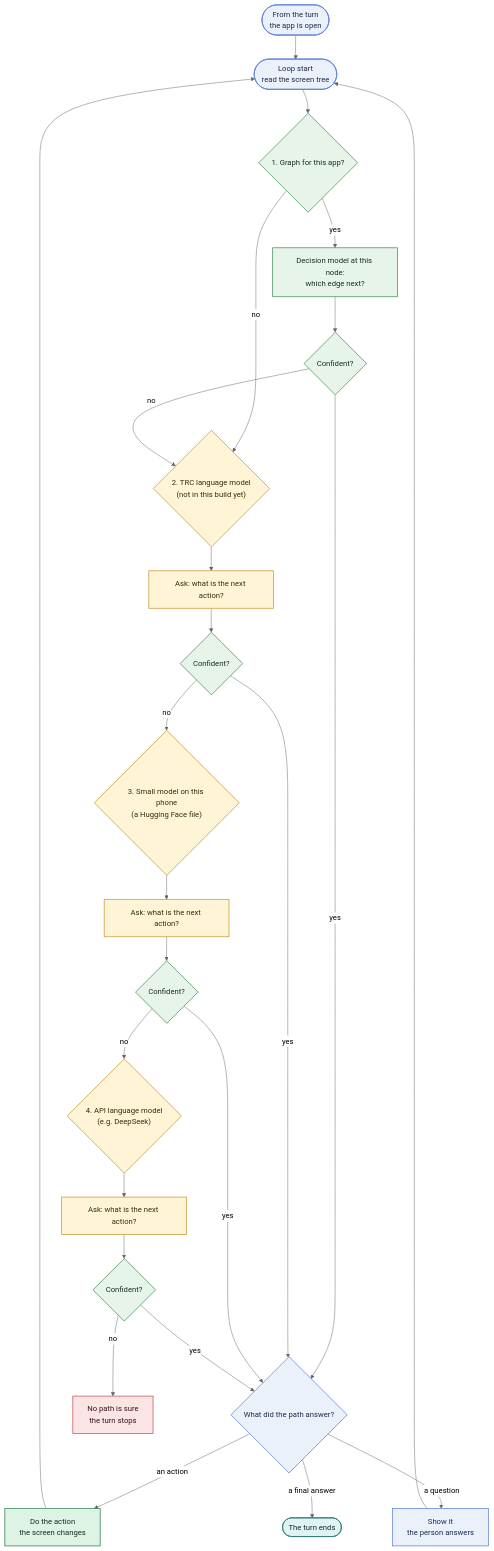
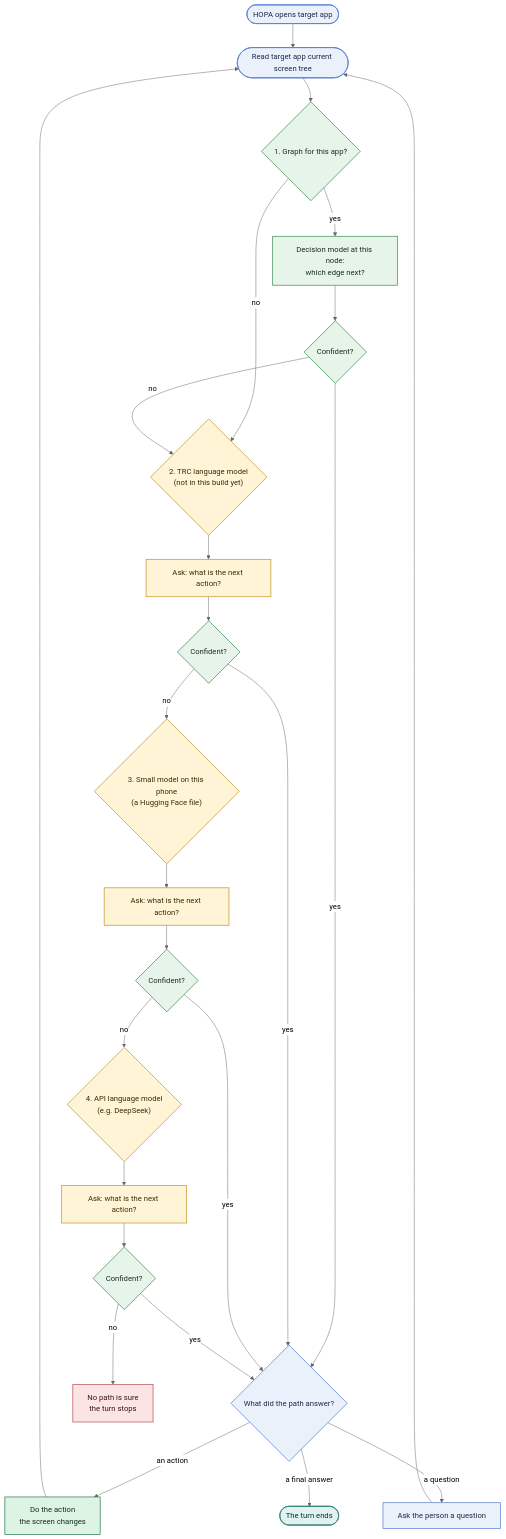
Before and after one commit to agents-demo/hopa: the third of 3 diagrams in docs/design/architecture/turn-flow.md, drawn with Mermaid (neutral theme). The commit also changed other lines of this file and 11 other files, not shown here.

First line of the commit message:
docs(architecture): manager pictures for the turn, loop, paths, actions, tree

````diff
--- a/docs/design/architecture/turn-flow.md
+++ b/docs/design/architecture/turn-flow.md
@@ -83,43 +80,43 @@
 ```mermaid
 flowchart TD
-  IN(["From the turn<br/>the app is open"]) --> S(["Loop start<br/>read the screen tree"])
+  IN(["HOPA opens target app"]) --> S(["Read target app current screen tree"])
   S --> G{"1. Graph for this app?"}
   G -->|"yes"| GD["Decision model at this node:<br/>which edge next?"]
   GD --> C1{"Confident?"}
   G -->|"no"| T
   C1 -->|"yes"| KIND
   C1 -->|"no"| T{"2. TRC language model<br/>(not in this build yet)"}
   T --> TD["Ask: what is the next action?"]
   TD --> C2{"Confident?"}
   C2 -->|"yes"| KIND
   C2 -->|"no"| H{"3. Small model on this phone<br/>(a Hugging Face file)"}
   H --> HD["Ask: what is the next action?"]
   HD --> C3{"Confident?"}
   C3 -->|"yes"| KIND
   C3 -->|"no"| A{"4. API language model<br/>(e.g. DeepSeek)"}
   A --> AD["Ask: what is the next action?"]
   AD --> C4{"Confident?"}
   C4 -->|"yes"| KIND
   C4 -->|"no"| FAIL["No path is sure<br/>the turn stops"]:::stop
   KIND{"What did the path answer?"}
   KIND -->|"an action"| ACT["Do the action<br/>the screen changes"]
   ACT --> S
-  KIND -->|"a question"| ASK["Show it<br/>the person answers"]
+  KIND -->|"a question"| ASK["Ask the person a question"]:::execute
   ASK --> S
   KIND -->|"a final answer"| END(["The turn ends"]):::answer
 
   classDef io fill:#EAF1FB,stroke:#5B7FD4,color:#1C2B4A,stroke-width:1.5px
   classDef core fill:#E7F4EA,stroke:#3F8F5A,color:#16301F,stroke-width:1.5px
   classDef model fill:#FFF4D6,stroke:#C9962F,color:#3A2C08,stroke-width:1.5px
   classDef execute fill:#DDF3E4,stroke:#2F7D4F,color:#12301D,stroke-width:1.5px
   classDef answer fill:#E0F2F1,stroke:#2F7D7A,color:#0F2E2C,stroke-width:1.5px
   classDef question fill:#EAF1FB,stroke:#5B7FD4,color:#1C2B4A,stroke-width:1.5px,stroke-dasharray:5 3
   classDef stop fill:#FBE4E4,stroke:#BF5252,color:#3D1414,stroke-width:1.5px
 
   class IN,S,KIND,ASK io
   class G,GD,C1,C2,C3,C4 core
   class T,TD,H,HD,A,AD model
   class ACT execute
   class END answer
   class FAIL stop
 ```
````
